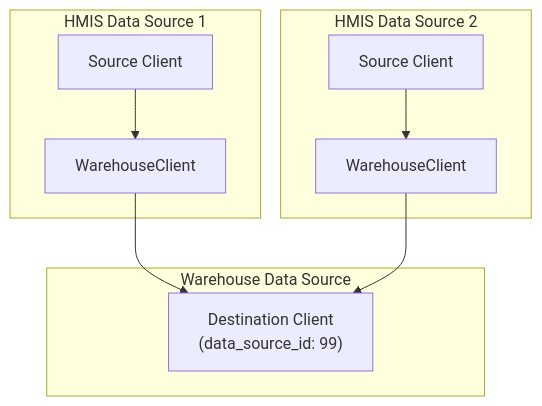
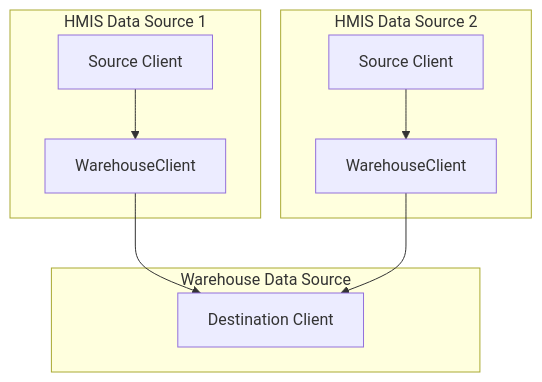
One commit to greenriver/hmis-warehouse changed the diagram in app/models/grda_warehouse/tasks/README_FOR_IDENTIFY_DUPLICATES.md. Above: the diagram before and after it, drawn with Mermaid. The commit also changed other lines of this file, not shown here.

````diff
--- a/app/models/grda_warehouse/tasks/README_FOR_IDENTIFY_DUPLICATES.md
+++ b/app/models/grda_warehouse/tasks/README_FOR_IDENTIFY_DUPLICATES.md
@@ -20,20 +20,20 @@
 ```mermaid
 graph TD
     subgraph DS1["HMIS Data Source 1"]
         B["Source Client"]
         B --> E["WarehouseClient"]
     end
 
     subgraph DS2["HMIS Data Source 2"]
         D["Source Client"]
         D --> F["WarehouseClient"]
     end
 
 
     subgraph DSW["Warehouse Data Source"]
-        H["Destination Client<br/>(data_source_id: 99)"]
+        H["Destination Client"]
     end
 
     E --> H
     F --> H
 ```
````
